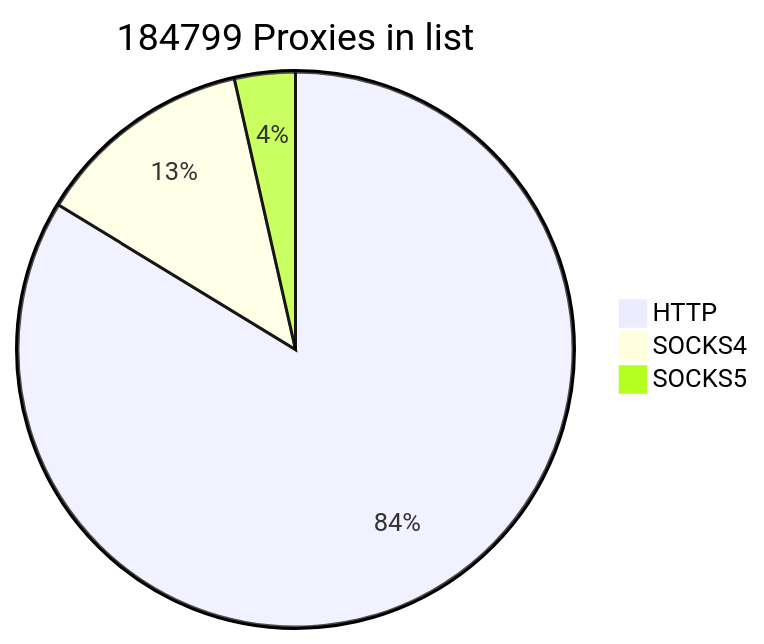
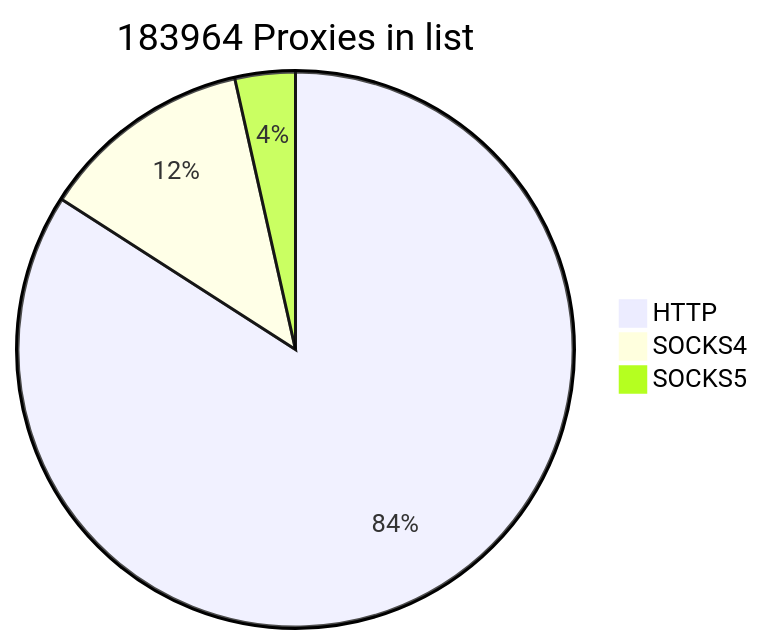
Before and after one commit to cutipu/proxylist: the first of 2 diagrams in README.md, drawn with Mermaid. The commit also changed other lines of this file, not shown here.

````diff
--- a/README.md
+++ b/README.md
@@ -2,7 +2,7 @@
 ```mermaid
-pie title 184799 Proxies in list
-    "HTTP" : 154716
-    "SOCKS4" : 23546
-    "SOCKS5" : 6537
+pie title 183964 Proxies in list
+    "HTTP" : 154691
+    "SOCKS4" : 22819
+    "SOCKS5" : 6454
             
 ```
````
